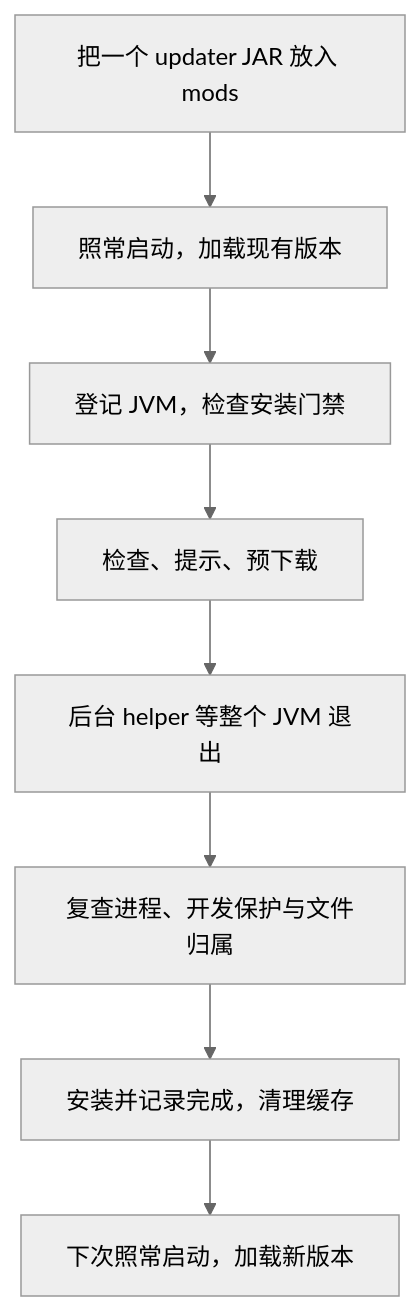
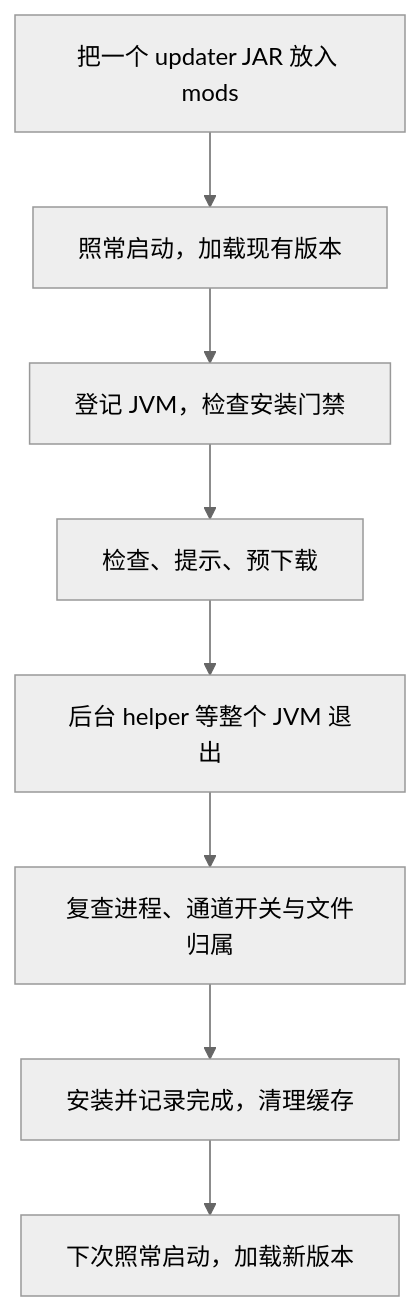
Before and after one commit to davisye/update-folkways: the diagram in README.md, drawn with Mermaid (neutral theme). The commit also changed other lines of this file and 30 other files, not shown here.

````diff
--- a/README.md
+++ b/README.md
@@ -47,10 +47,10 @@
 ```mermaid
 flowchart TD
     A[把一个 updater JAR 放入 mods] --> B[照常启动，加载现有版本]
     B --> C[登记 JVM，检查安装门禁]
     C --> D[检查、提示、预下载]
     D --> E[后台 helper 等整个 JVM 退出]
-    E --> F[复查进程、开发保护与文件归属]
+    E --> F[复查进程、通道开关与文件归属]
     F --> G[安装并记录完成，清理缓存]
     G --> H[下次照常启动，加载新版本]
 ```
````
